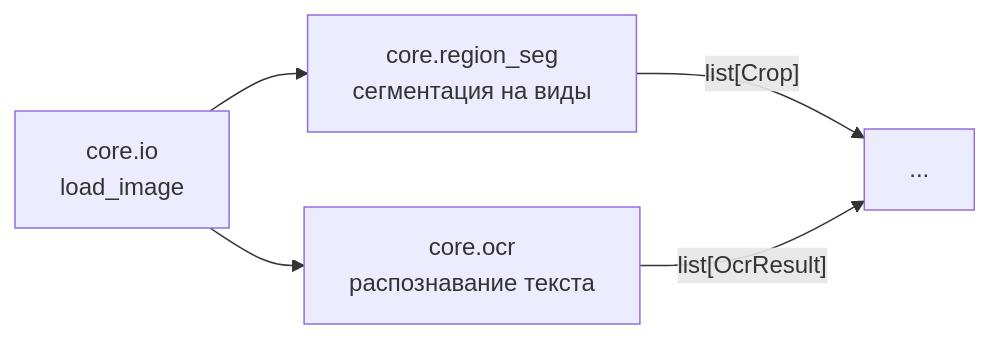
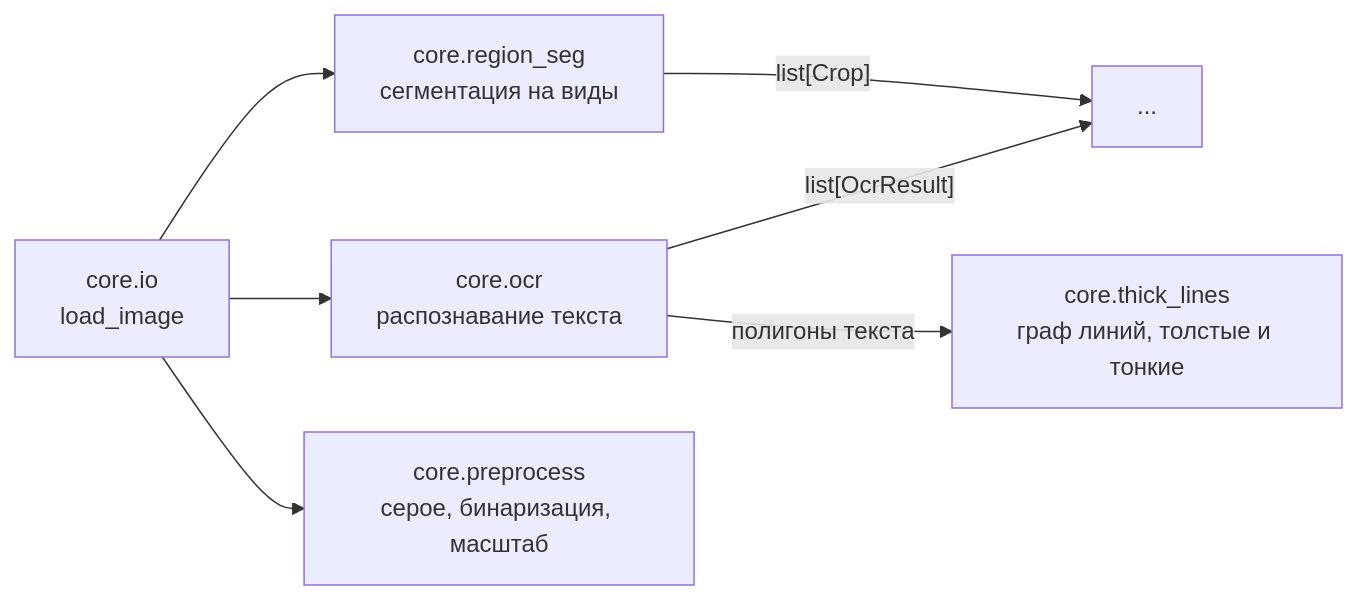
One commit to SergeyKrasnoslobodtsev/draftslice changed the diagram in docs/architecture/ARCHITECTURE.md. Above: the diagram before and after it, drawn with Mermaid. The commit also changed other lines of this file and 28 other files, not shown here.

````diff
--- a/docs/architecture/ARCHITECTURE.md
+++ b/docs/architecture/ARCHITECTURE.md
@@ -8,7 +8,9 @@
 ```mermaid
 flowchart LR
     io["core.io<br/>load_image"] --> RS["core.region_seg<br/>сегментация на виды"]
     io --> OCR["core.ocr<br/>распознавание текста"]
+    io --> PP["core.preprocess<br/>серое, бинаризация, масштаб"]
     RS -->|"list[Crop]"| Next["..."]
     OCR -->|"list[OcrResult]"| Next
+    OCR -->|"полигоны текста"| TL["core.thick_lines<br/>граф линий, толстые и тонкие"]
 ```
````
